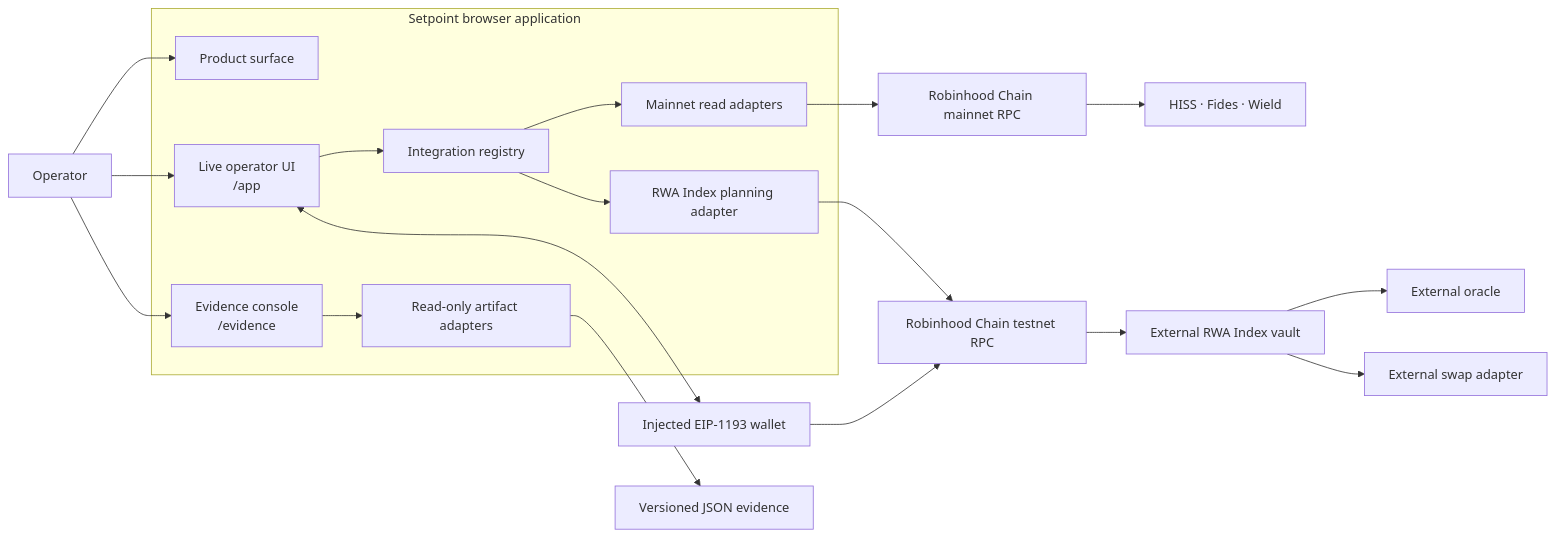
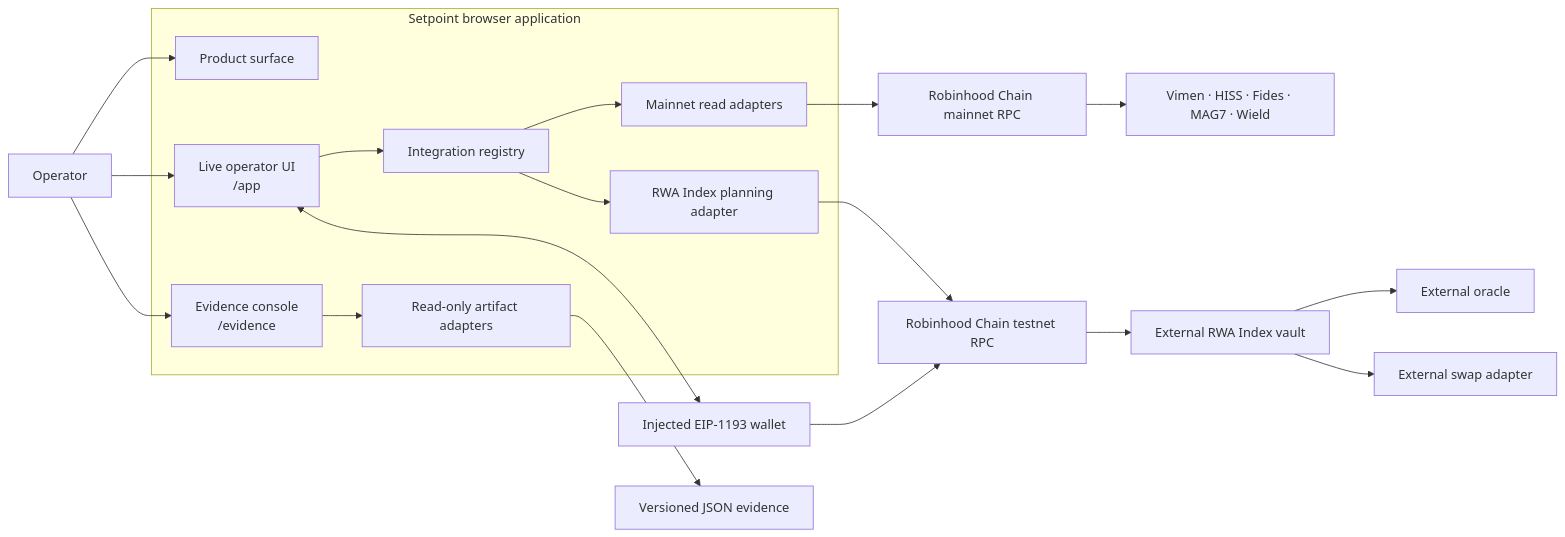
The first of 4 diagrams in docs/ARCHITECTURE.md (karagozemin/setpoint), drawn with Mermaid before and after one commit. The commit also changed other lines of this file and 11 other files, not shown here.

````diff
--- a/docs/ARCHITECTURE.md
+++ b/docs/ARCHITECTURE.md
@@ -34,38 +34,38 @@
 ```mermaid
 flowchart LR
     Operator[Operator]
 
     subgraph Browser[Setpoint browser application]
         Landing[Product surface]
         Live[Live operator UI<br/>/app]
         Evidence[Evidence console<br/>/evidence]
         Registry[Integration registry]
         ReadAdapters[Mainnet read adapters]
         Planner[RWA Index planning adapter]
         ArtifactAdapter[Read-only artifact adapters]
     end
 
     Wallet[Injected EIP-1193 wallet]
     MainnetRPC[Robinhood Chain mainnet RPC]
     TestnetRPC[Robinhood Chain testnet RPC]
-    MainnetVaults[HISS · Fides · Wield]
+    MainnetVaults[Vimen · HISS · Fides · MAG7 · Wield]
     Vault[External RWA Index vault]
     Oracle[External oracle]
     Swap[External swap adapter]
     Artifacts[Versioned JSON evidence]
 
     Operator --> Landing
     Operator --> Live
     Operator --> Evidence
     Live --> Registry
     Registry --> ReadAdapters
     Registry --> Planner
     ReadAdapters --> MainnetRPC --> MainnetVaults
     Planner --> TestnetRPC
     Live <--> Wallet
     Wallet --> TestnetRPC
     TestnetRPC --> Vault
     Vault --> Oracle
     Vault --> Swap
     Evidence --> ArtifactAdapter --> Artifacts
 ```
````
